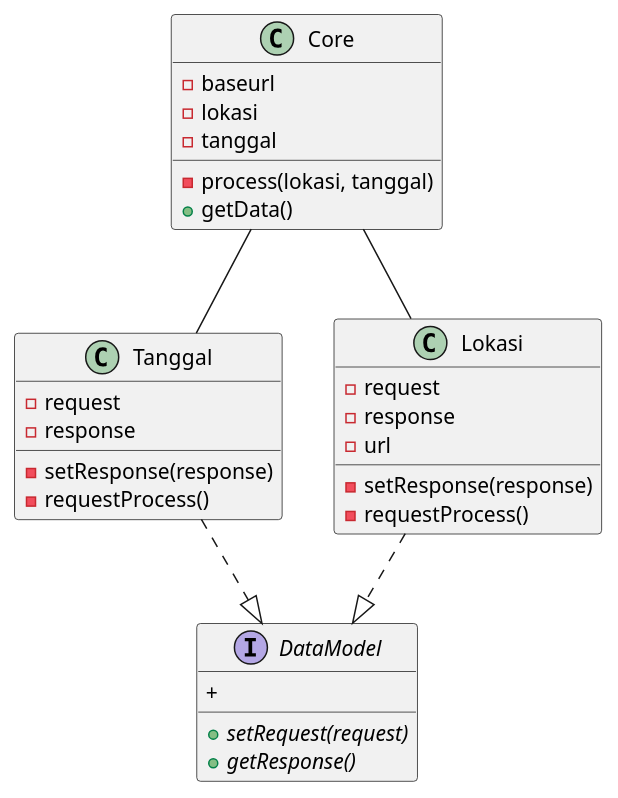
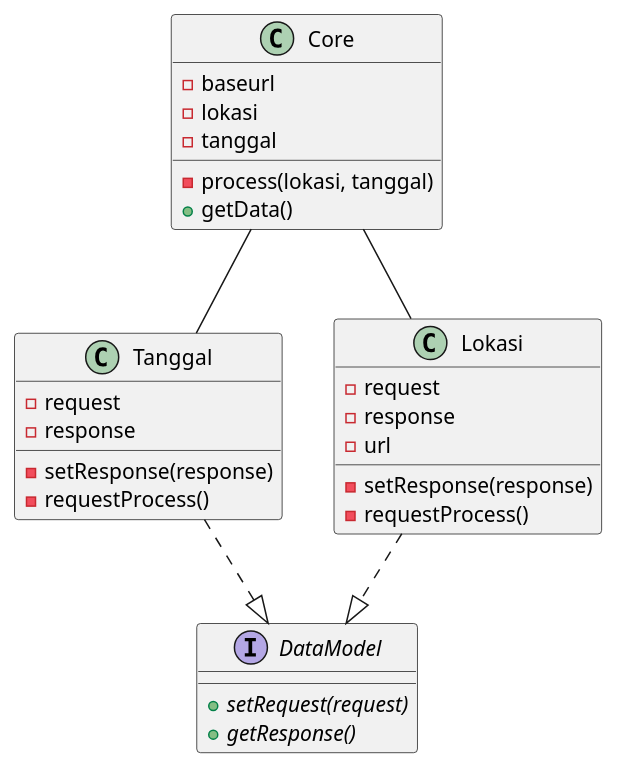
The diagram in Jadwalsholat.plantuml (melinfebriani/JadwalSholatGenerator), drawn with PlantUML before and after one commit.

```diff
--- a/Jadwalsholat.plantuml
+++ b/Jadwalsholat.plantuml
@@ -1,37 +1,36 @@
 @startuml
 
 interface DataModel {
-    +
     +{abstract} setRequest(request)
     +{abstract} getResponse()
 }
 
 class Tanggal {
     -request
     -response
     -setResponse(response)
     -requestProcess()
 }
 
 class Lokasi{
     -request
     -response
     -url
     -setResponse(response)
     -requestProcess()
 }
 
 class Core {
     -baseurl
     -lokasi
     -tanggal
     -process(lokasi, tanggal)
     +getData()
 }
 
 Core -- Tanggal
 Core -- Lokasi
 Lokasi ..|> DataModel
 Tanggal ..|> DataModel
 
 @enduml
```
